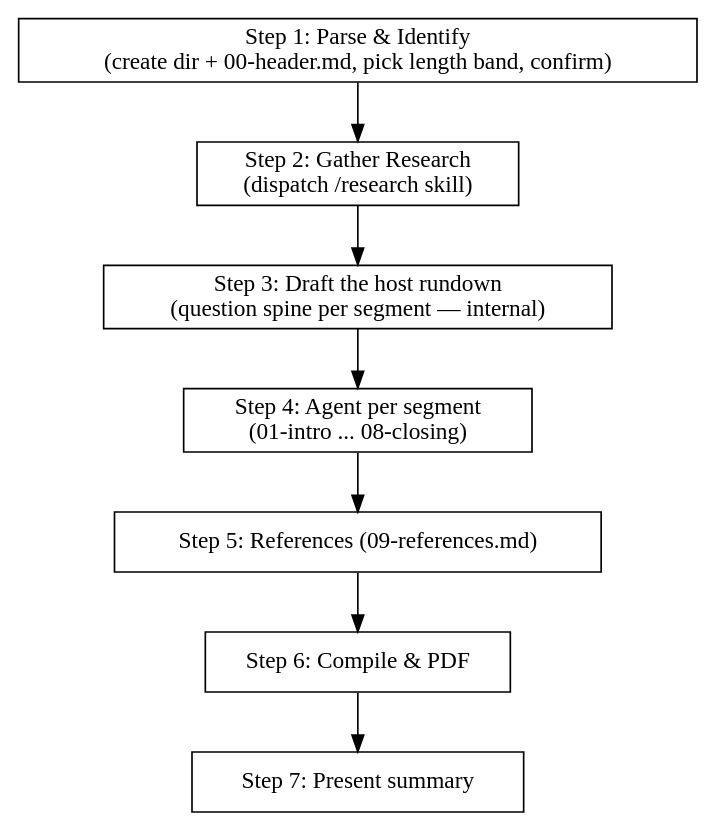
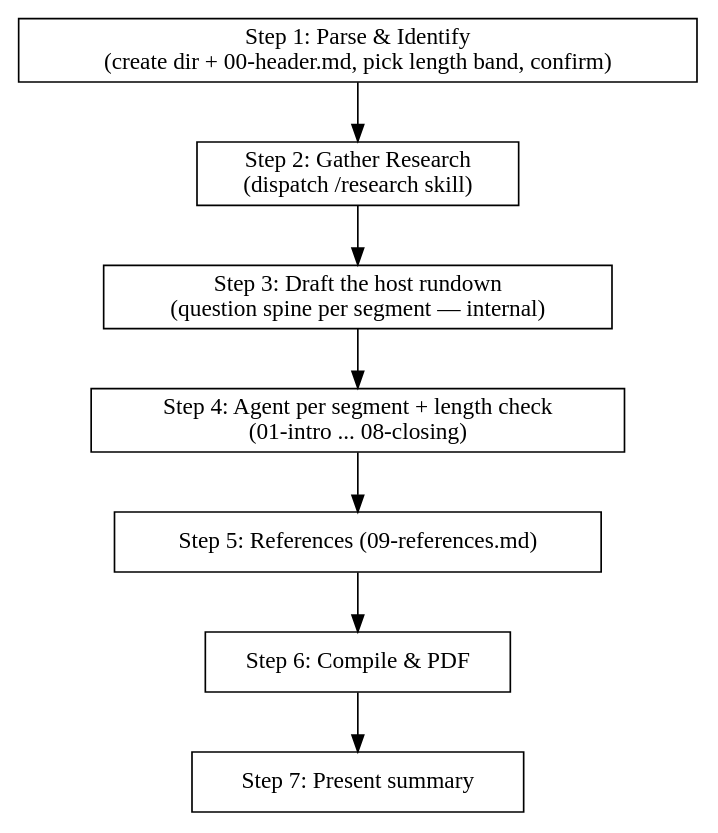
Before and after one commit to FayazK/AI-Ustadh: the diagram in .claude/skills/podcast/SKILL.md, drawn with Graphviz. The commit also changed other lines of this file, not shown here.

````diff
--- a/.claude/skills/podcast/SKILL.md
+++ b/.claude/skills/podcast/SKILL.md
@@ -183,14 +186,14 @@
 ```dot
 digraph podcast_flow {
     rankdir=TB;
     node [shape=box];
     parse    [label="Step 1: Parse & Identify\n(create dir + 00-header.md, pick length band, confirm)"];
     research [label="Step 2: Gather Research\n(dispatch /research skill)"];
     rundown  [label="Step 3: Draft the host rundown\n(question spine per segment — internal)"];
-    seg      [label="Step 4: Agent per segment\n(01-intro ... 08-closing)"];
+    seg      [label="Step 4: Agent per segment + length check\n(01-intro ... 08-closing)"];
     refs     [label="Step 5: References (09-references.md)"];
     compile  [label="Step 6: Compile & PDF"];
     summary  [label="Step 7: Present summary"];
     parse -> research -> rundown -> seg -> refs -> compile -> summary;
 }
 ```
````
